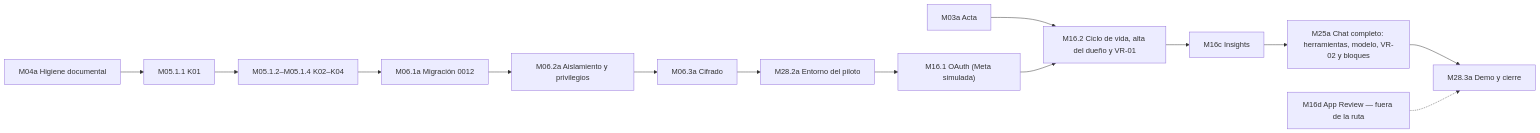
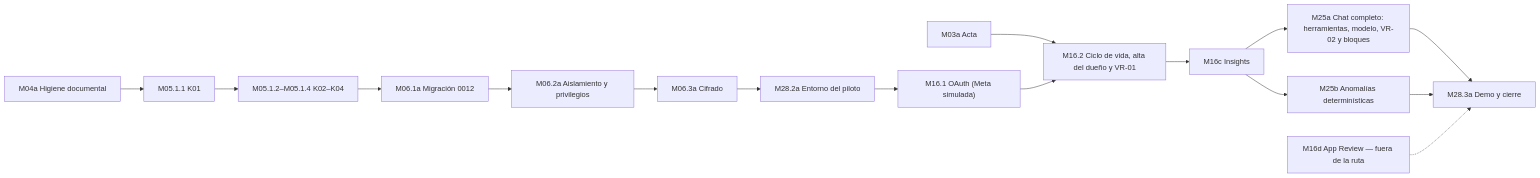
One commit to horaciococodrilo-alt/PRAXA changed the diagram in docs/FASES/FASE1/meta_first/plan.md. Above: the diagram before and after it, drawn with Mermaid. The commit also changed other lines of this file and 23 other files, not shown here.

````diff
--- a/docs/FASES/FASE1/meta_first/plan.md
+++ b/docs/FASES/FASE1/meta_first/plan.md
@@ -82,16 +84,18 @@
 ```mermaid
 flowchart LR
   A["M04a Higiene documental"] --> B["M05.1.1 K01"]
   B --> C["M05.1.2–M05.1.4 K02–K04"]
   C --> D["M06.1a Migración 0012"]
   D --> E["M06.2a Aislamiento y privilegios"]
   E --> F["M06.3a Cifrado"]
   F --> G["M28.2a Entorno del piloto"]
   G --> I["M16.1 OAuth (Meta simulada)"]
   H["M03a Acta"] --> J
   I --> J["M16.2 Ciclo de vida, alta del dueño y VR-01"]
   J --> K["M16c Insights"]
   K --> L["M25a Chat completo: herramientas, modelo, VR-02 y bloques"]
+  K --> M["M25b Anomalías determinísticas"]
   L --> N["M28.3a Demo y cierre"]
+  M --> N
   O["M16d App Review — fuera de la ruta"] -.-> N
 ```
````
